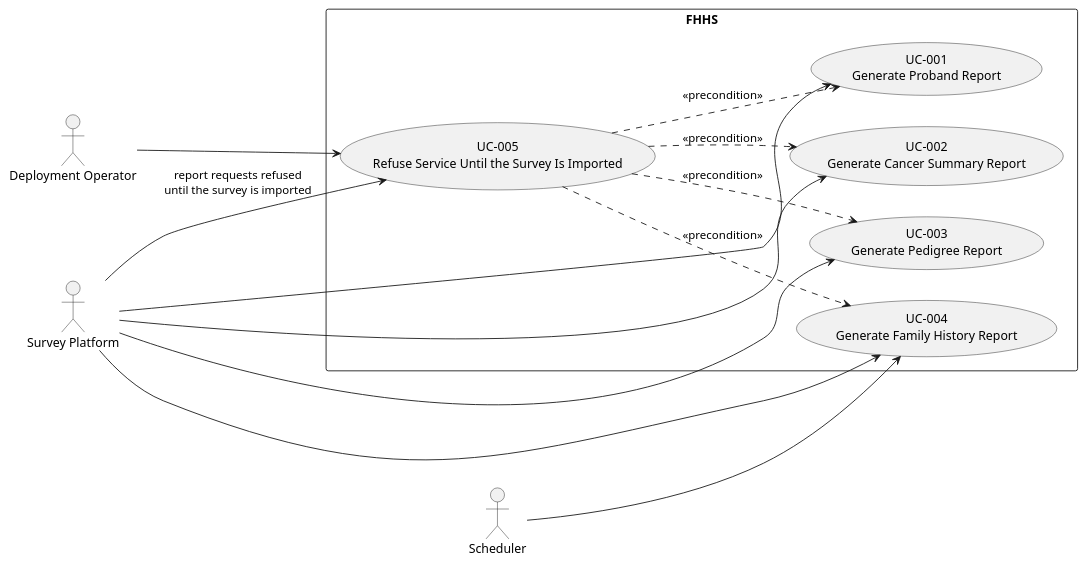
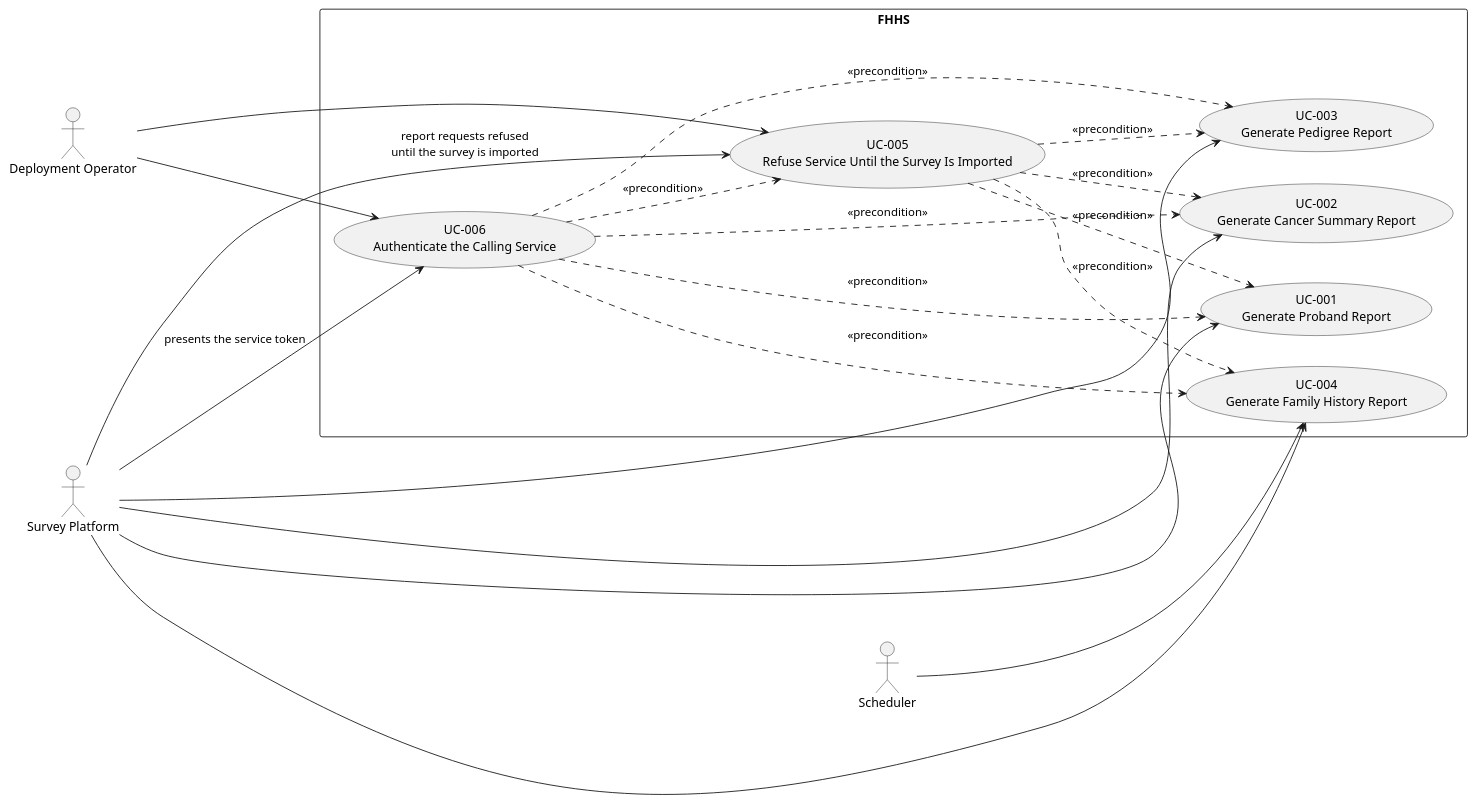
The diagram in docs/use_cases.puml (ElicitSoftware/FHHS), drawn with PlantUML before and after one commit. The commit also changed 34 other files, not shown here.

First line of the commit message:
Require the service token and send it to Pedigree and trusted origins

```diff
--- a/docs/use_cases.puml
+++ b/docs/use_cases.puml
@@ -1,28 +1,36 @@
 @startuml Use Cases Overview
 left to right direction
 
 actor "Survey Platform" as survey
 actor "Scheduler" as scheduler
 actor "Deployment Operator" as operator
 
 rectangle "FHHS" {
     usecase "UC-001\nGenerate Proband Report" as UC001
     usecase "UC-002\nGenerate Cancer Summary Report" as UC002
     usecase "UC-003\nGenerate Pedigree Report" as UC003
     usecase "UC-004\nGenerate Family History Report" as UC004
     usecase "UC-005\nRefuse Service Until the Survey Is Imported" as UC005
+    usecase "UC-006\nAuthenticate the Calling Service" as UC006
 }
 
 survey --> UC001
 survey --> UC002
 survey --> UC003
 survey --> UC004
 scheduler --> UC004
 operator --> UC005
 survey --> UC005 : report requests refused\nuntil the survey is imported
 UC005 ..> UC001 : <<precondition>>
 UC005 ..> UC002 : <<precondition>>
 UC005 ..> UC003 : <<precondition>>
 UC005 ..> UC004 : <<precondition>>
+operator --> UC006
+survey --> UC006 : presents the service token
+UC006 ..> UC001 : <<precondition>>
+UC006 ..> UC002 : <<precondition>>
+UC006 ..> UC003 : <<precondition>>
+UC006 ..> UC004 : <<precondition>>
+UC006 ..> UC005 : <<precondition>>
 
 @enduml
```
